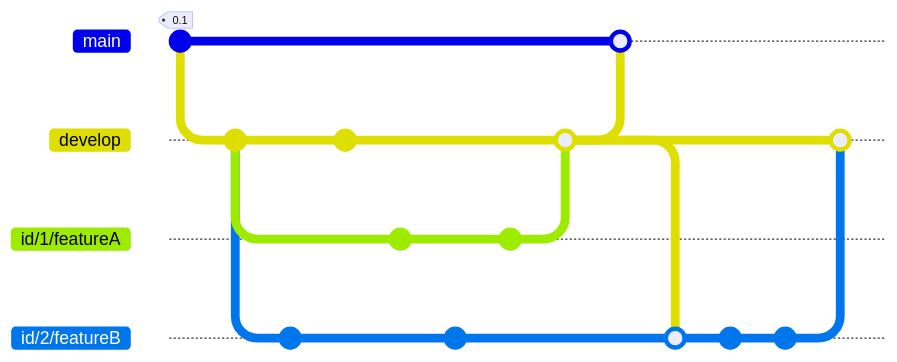
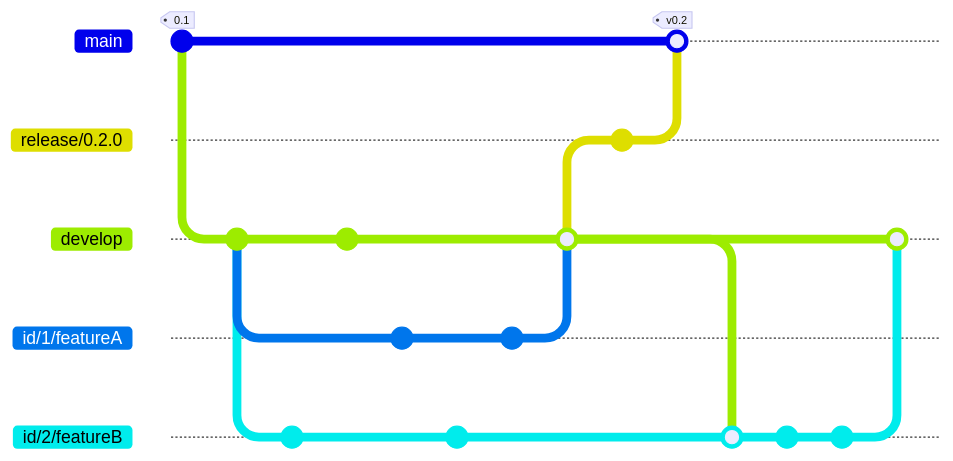
One commit to hkj-hub/comment-atlatl changed the diagram in docs/astro/src/pages/ja/introduction.md. Above: the diagram before and after it, drawn with Mermaid. The commit also changed other lines of this file and 3 other files, not shown here. Commit ids are hidden.

```diff
--- a/docs/astro/src/pages/ja/introduction.md
+++ b/docs/astro/src/pages/ja/introduction.md
@@ -18,29 +20,32 @@
 <pre class="mermaid">
 
 gitGraph
     commit tag: "0.1"
     branch develop order: 3
     commit
     branch id/1/featureA order: 4
     branch id/2/featureB order: 5
     commit
     checkout develop
     commit
     checkout id/1/featureA
     commit
     checkout id/2/featureB
     commit
     checkout id/1/featureA
     commit
     checkout develop
     merge id/1/featureA
+    branch release/0.2.0
+    checkout release/0.2.0
+    commit
     checkout main
-    merge develop
+    merge release/0.2.0 tag: "v0.2"
     checkout id/2/featureB
     merge develop
     commit
     checkout id/2/featureB
     commit
     checkout develop
     merge id/2/featureB
 </pre>
```
